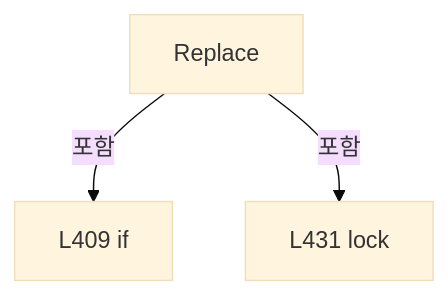
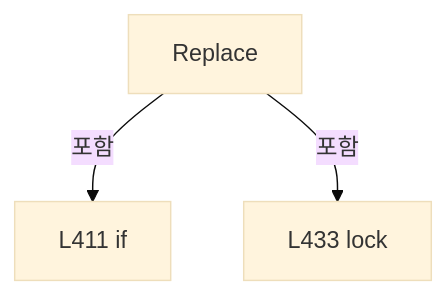
The ninth of 11 diagrams in A3 LD Code Ref/files/Drilling.Common/Review/CAutoFineReviewCoordinator.cs.md (kjuws10-rgb/Shared), drawn with Mermaid (base theme) before and after one commit. The commit also changed other lines of this file and 2071 other files, not shown here.

Commit message:
docs(a3): update 11.19.0 architecture and code reference

````diff
--- a/A3 LD Code Ref/files/Drilling.Common/Review/CAutoFineReviewCoordinator.cs.md
+++ b/A3 LD Code Ref/files/Drilling.Common/Review/CAutoFineReviewCoordinator.cs.md
@@ -2047,8 +2049,8 @@
 ```mermaid
 flowchart TD
  M["Replace"]
- N0["L409 if"]
+ N0["L411 if"]
  M -->|포함| N0
- N1["L431 lock"]
+ N1["L433 lock"]
  M -->|포함| N1
 ```
````
